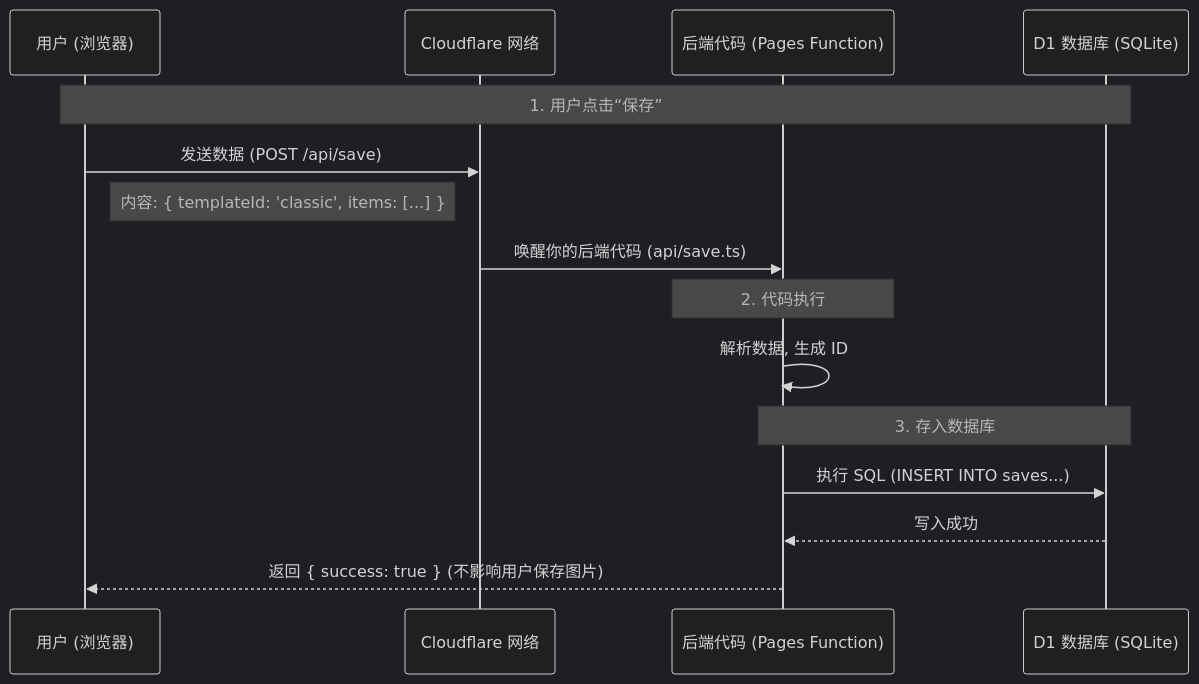
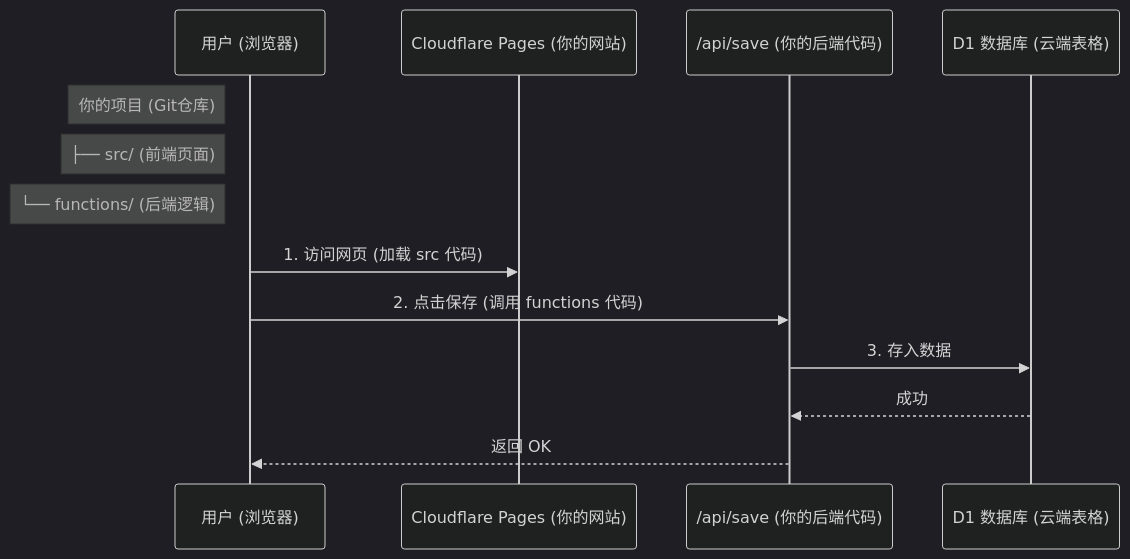
The diagram in 数据收集.md (CyrilPeng/anime-role-grid), drawn with Mermaid (dark theme) before and after one commit. The commit also changed other lines of this file and 5 other files, not shown here.

First line of the commit message:
Add custom title and image support to save API

````diff
--- a/数据收集.md
+++ b/数据收集.md
@@ -7,22 +19,17 @@
 ```mermaid
 sequenceDiagram
     participant User as 用户 (浏览器)
-    participant CF_Net as Cloudflare 网络
-    participant Worker as 后端代码 (Pages Function)
-    participant DB as D1 数据库 (SQLite)
+    participant CF_Pages as Cloudflare Pages (你的网站)
+    participant Function as /api/save (你的后端代码)
+    participant DB as D1 数据库 (云端表格)
 
-    Note over User, DB: 1. 用户点击“保存”
-    User->>CF_Net: 发送数据 (POST /api/save)
-    Note right of User: 内容: { templateId: 'classic', items: [...] }
+    Note left of User: 你的项目 (Git仓库)
+    Note left of User: ├── src/ (前端页面)
+    Note left of User: └── functions/ (后端逻辑)
 
-    CF_Net->>Worker: 唤醒你的后端代码 (api/save.ts)
-    
-    Note over Worker: 2. 代码执行
-    Worker->>Worker: 解析数据, 生成 ID
-    
-    Note over Worker, DB: 3. 存入数据库
-    Worker->>DB: 执行 SQL (INSERT INTO saves...)
-    DB-->>Worker: 写入成功
-    
-    Worker-->>User: 返回 { success: true } (不影响用户保存图片)
+    User->>CF_Pages: 1. 访问网页 (加载 src 代码)
+    User->>Function: 2. 点击保存 (调用 functions 代码)
+    Function->>DB: 3. 存入数据
+    DB-->>Function: 成功
+    Function-->>User: 返回 OK
 ```
````
